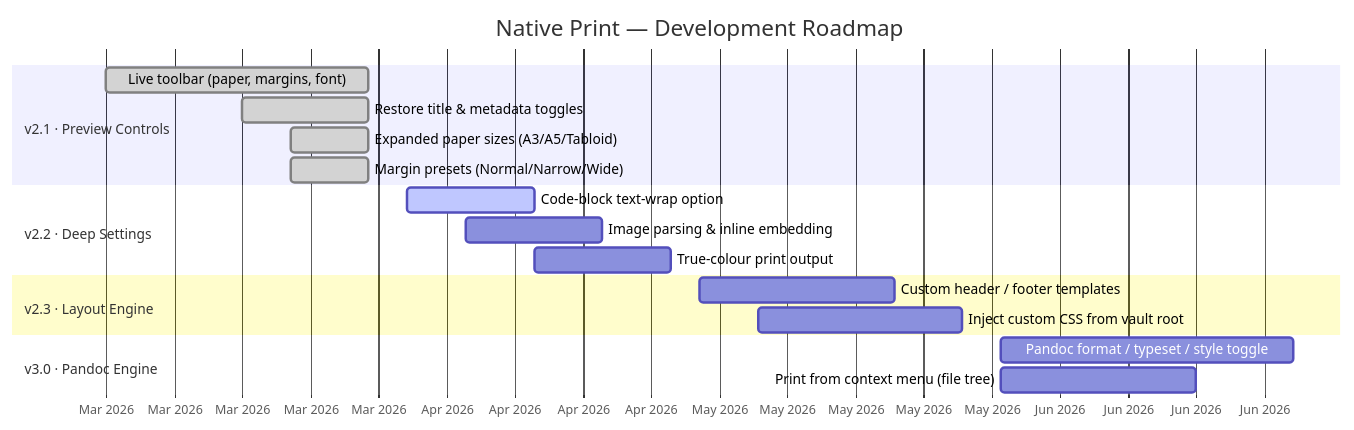
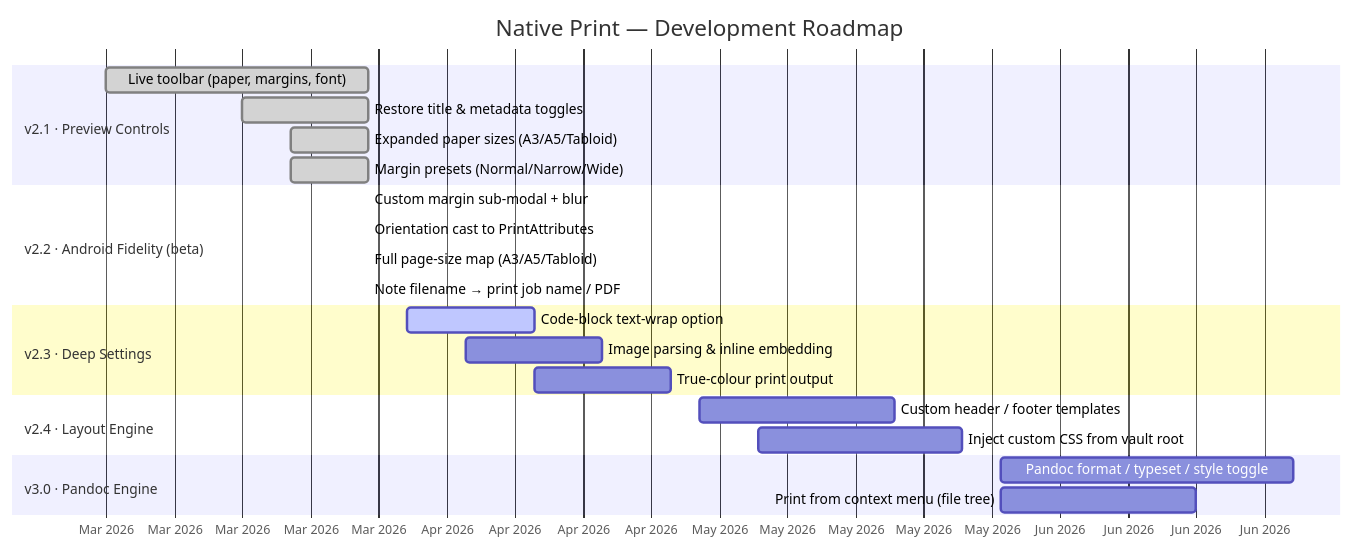
One commit to PWereh/native-print changed the diagram in README.md. Above: the diagram before and after it, drawn with Mermaid. The commit also changed other lines of this file and 5 other files, not shown here.

First line of the commit message:
feat(v2.2-beta): custom margins, orientation+pagesize→Android, note title→job name

````diff
--- a/README.md
+++ b/README.md
@@ -23,25 +23,31 @@
 ```mermaid
 gantt
     title Native Print — Development Roadmap
     dateFormat YYYY-MM-DD
     axisFormat %b %Y
 
     section v2.1 · Preview Controls
     Live toolbar (paper, margins, font)    :done,    pv1, 2026-03-01, 2026-03-28
     Restore title & metadata toggles       :done,    pv2, 2026-03-15, 2026-03-28
     Expanded paper sizes (A3/A5/Tabloid)   :done,    pv3, 2026-03-20, 2026-03-28
     Margin presets (Normal/Narrow/Wide)    :done,    pv4, 2026-03-20, 2026-03-28
 
-    section v2.2 · Deep Settings
+    section v2.2 · Android Fidelity (beta)
+    Custom margin sub-modal + blur         :done,    am1, 2026-03-28, 2026-03-28
+    Orientation cast to PrintAttributes    :done,    am2, 2026-03-28, 2026-03-28
+    Full page-size map (A3/A5/Tabloid)     :done,    am3, 2026-03-28, 2026-03-28
+    Note filename → print job name / PDF   :done,    am4, 2026-03-28, 2026-03-28
+
+    section v2.3 · Deep Settings
     Code-block text-wrap option            :active,  ds1, 2026-04-01, 2026-04-14
     Image parsing & inline embedding       :         ds2, 2026-04-07, 2026-04-21
     True-colour print output               :         ds3, 2026-04-14, 2026-04-28
 
-    section v2.3 · Layout Engine
+    section v2.4 · Layout Engine
     Custom header / footer templates       :         le1, 2026-05-01, 2026-05-21
     Inject custom CSS from vault root      :         le2, 2026-05-07, 2026-05-28
 
     section v3.0 · Pandoc Engine
     Pandoc format / typeset / style toggle :         pe1, 2026-06-01, 2026-07-01
     Print from context menu (file tree)    :         pe2, 2026-06-01, 2026-06-21
 ```
````
